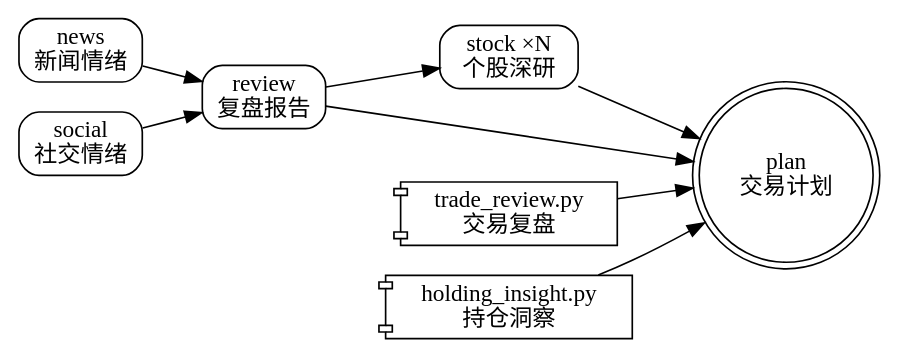
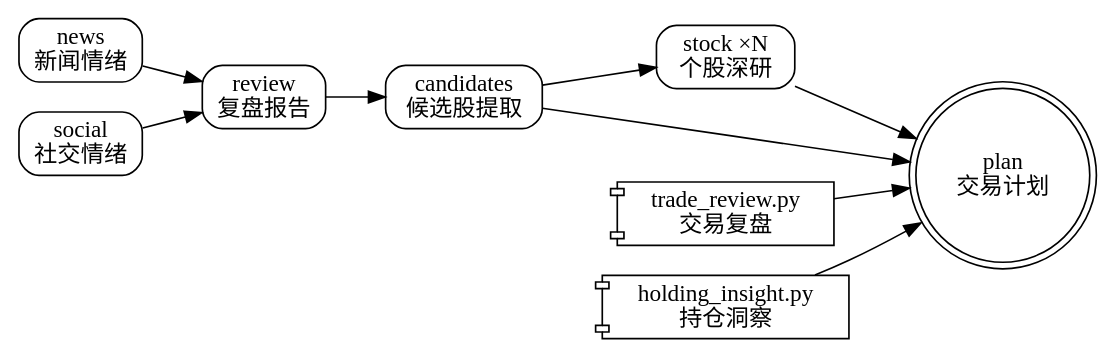
One commit to Jiangwlee/oh-my-superpowers changed the diagram in skills/ashare-assistant/SKILL.md. Above: the diagram before and after it, drawn with Graphviz. The commit also changed other lines of this file and 3 other files, not shown here.

````diff
--- a/skills/ashare-assistant/SKILL.md
+++ b/skills/ashare-assistant/SKILL.md
@@ -63,30 +63,34 @@
 ```dot
 digraph pipeline {
   rankdir=LR;
   node [shape=box, style=rounded];
 
   // 第一轮（并行）
   news  [label="news\n新闻情绪"];
   social [label="social\n社交情绪"];
 
   // 第二轮
   review [label="review\n复盘报告"];
 
-  // 第三轮 + 前置脚本（可并行）
+  // 第三轮
+  candidates [label="candidates\n候选股提取"];
+
+  // 第四轮 + 前置脚本（可并行）
   stock  [label="stock ×N\n个股深研"];
   trade  [label="trade_review.py\n交易复盘", shape=component];
   hold   [label="holding_insight.py\n持仓洞察", shape=component];
 
-  // 第四轮（终态）
+  // 第五轮（终态）
   plan   [label="plan\n交易计划", shape=doublecircle];
 
   // 依赖边
   news   -> review;
   social -> review;
-  review -> stock;
-  review -> plan;
+  review -> candidates;
+  candidates -> stock;
+  candidates -> plan;
   stock  -> plan;
   trade  -> plan;
   hold   -> plan;
 }
 ```
````
